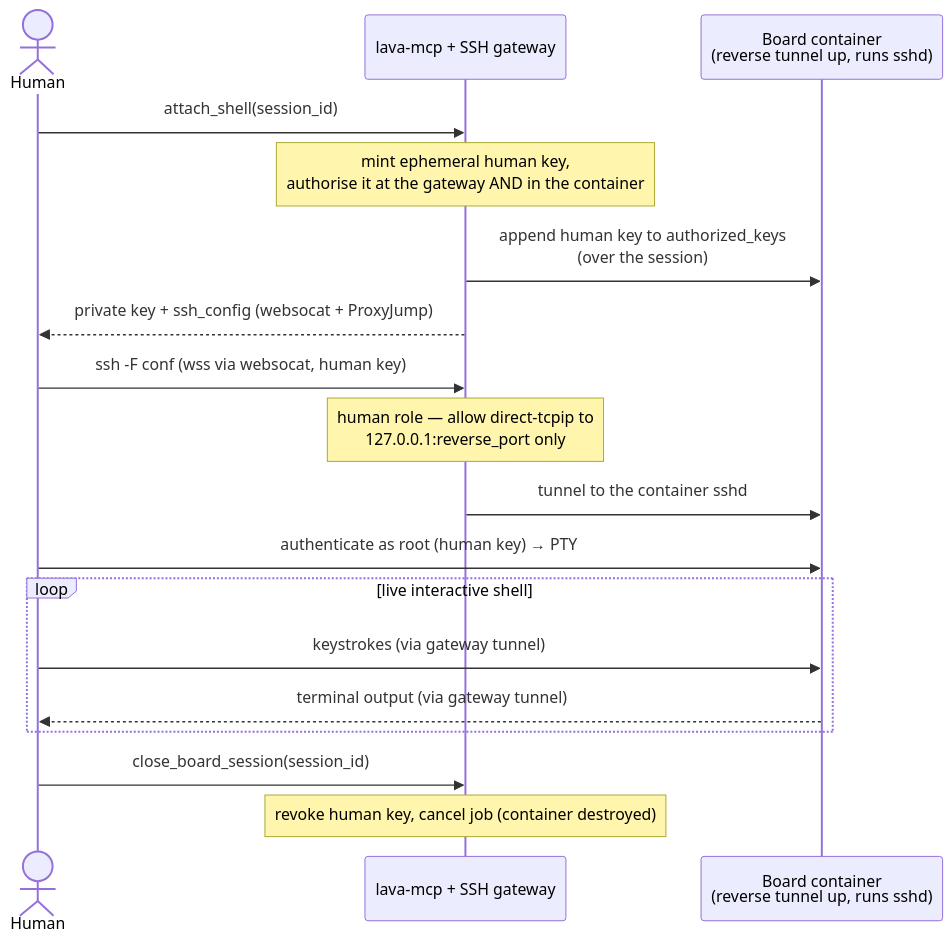
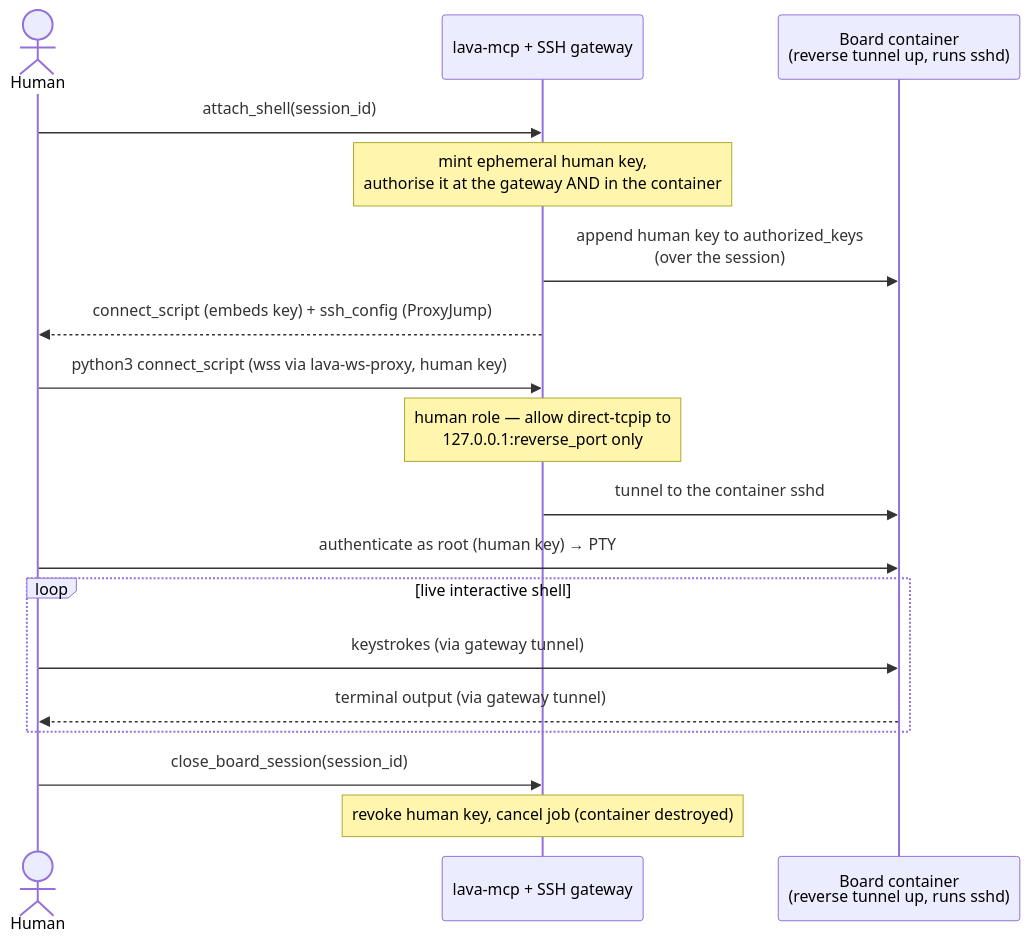
One commit to lava-mcp/lava-mcp changed the second of 2 diagrams in docs/board-sessions.md. Above: the diagram before and after it, drawn with Mermaid. The commit also changed other lines of this file and 16 other files, not shown here.

First line of the commit message:
gateway: cut over from websocat to the lava-ws-proxy ProxyCommand

````diff
--- a/docs/board-sessions.md
+++ b/docs/board-sessions.md
@@ -157,23 +156,23 @@
 ```mermaid
 sequenceDiagram
     actor Human
     participant MCP as lava-mcp + SSH gateway
     participant Board as Board container<br/>(reverse tunnel up, runs sshd)
 
     Human->>MCP: attach_shell(session_id)
     Note over MCP: mint ephemeral human key,<br/>authorise it at the gateway AND in the container
     MCP->>Board: append human key to authorized_keys<br/>(over the session)
-    MCP-->>Human: private key + ssh_config (websocat + ProxyJump)
+    MCP-->>Human: connect_script (embeds key) + ssh_config (ProxyJump)
 
-    Human->>MCP: ssh -F conf (wss via websocat, human key)
+    Human->>MCP: python3 connect_script (wss via lava-ws-proxy, human key)
     Note over MCP: human role — allow direct-tcpip to<br/>127.0.0.1:reverse_port only
     MCP->>Board: tunnel to the container sshd
     Human->>Board: authenticate as root (human key) → PTY
     loop live interactive shell
         Human->>Board: keystrokes (via gateway tunnel)
         Board-->>Human: terminal output (via gateway tunnel)
     end
 
     Human->>MCP: close_board_session(session_id)
     Note over MCP: revoke human key, cancel job (container destroyed)
 ```
````
